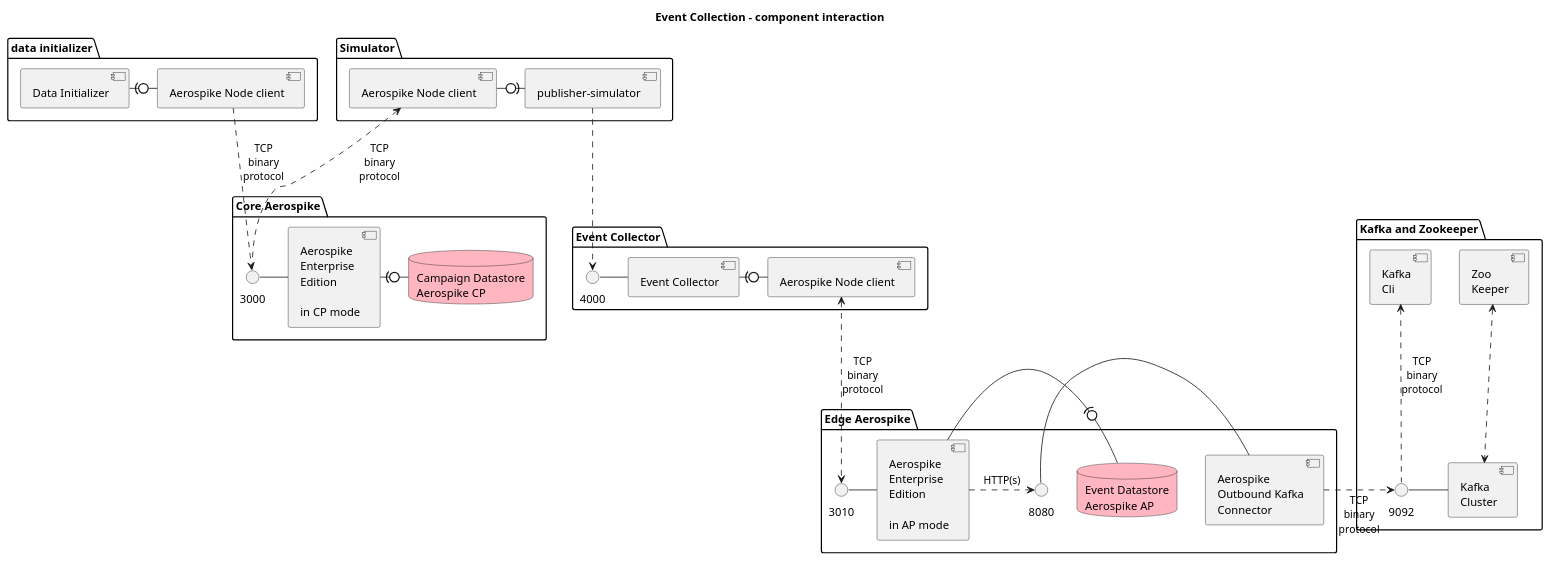
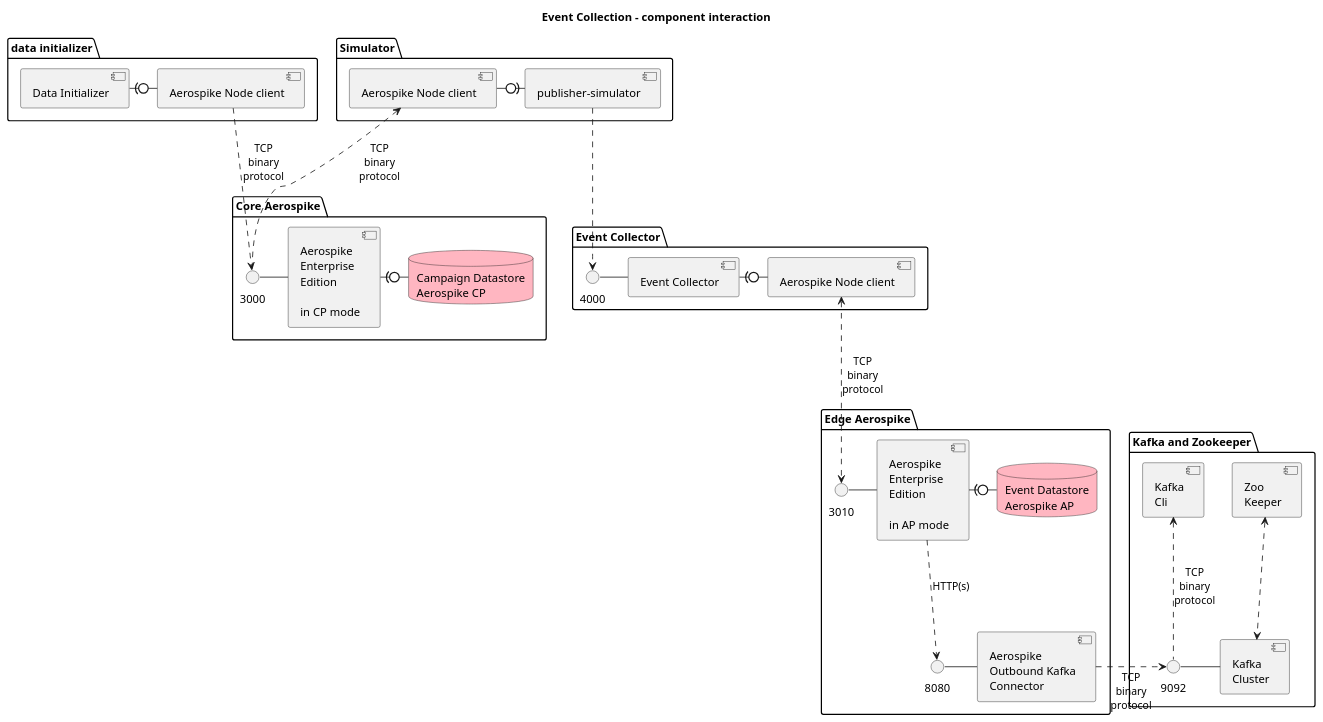
One commit to helipilot50/real-time-reporting-aerospike-kafka changed the diagram in architecture/edge-component-detail.puml. Above: the diagram before and after it, drawn with PlantUML.

Commit message:
fixed small detail in component diagram

```diff
--- a/architecture/edge-component-detail.puml
+++ b/architecture/edge-component-detail.puml
@@ -1,69 +1,68 @@
 @startuml
 skinparam componentStyle uml2
 
 title Event Collection - component interaction
 
 together {
   package "data initializer" {
     component "Data Initializer" as dataInit
     component "Aerospike Node client" as asNode1
     dataInit -r(0- asNode1
   }
 
   package "Simulator" {
     component "publisher-simulator" as simulator
     component "Aerospike Node client" as asNode3
     simulator -r(0- asNode3
   }
 }
 
 package "Event Collector" {
     () "4000" as ecSocket
     component "Event Collector" as eventEUuk
     ecSocket - eventEUuk
     component "Aerospike Node client" as asNode2
     eventEUuk -r(0- asNode2
 }
 
 package "Edge Aerospike" {
     () "3010" as aseSocket
     component "Aerospike\nEnterprise\nEdition\n\nin AP mode" as asEdge
     aseSocket - asEdge
     database "Event Datastore\nAerospike AP" as edgeEUuk #LightPink
     asEdge -r(0- edgeEUuk
     
     () "8080" as asOutbound
     component [Aerospike\nOutbound Kafka\nConnector] as asKafka
     asOutbound - asKafka
-
+    asEdge ..> asOutbound: HTTP(s)
 }
 
 package "Core Aerospike" {
     () "3000" as ascSocket
     component "Aerospike\nEnterprise\nEdition\n\nin CP mode" as asCore
     ascSocket - asCore
     database "Campaign Datastore\nAerospike CP" as core #LightPink
     asCore -r(0- core
 }
 
 package "Kafka and Zookeeper" {
     component [Kafka\nCli] as kafCli
     () "9092" as kafClient
     component [Kafka\nCluster] as kafCluster
     kafClient - kafCluster
 
     component [Zoo\nKeeper] as zookeeper
 }
 
 asNode1 ..> ascSocket: TCP\nbinary\nprotocol
 asNode3 <.. ascSocket: TCP\nbinary\nprotocol
 asNode2 <..> aseSocket: TCP\nbinary\nprotocol
-asEdge .r.> asOutbound: HTTP(s)
 asKafka .r.> kafClient: TCP\nbinary\nprotocol
 zookeeper <..> kafCluster
 simulator ..> ecSocket
 kafCli <.. kafClient: TCP\nbinary\nprotocol
 
 
 
 @enduml
```
